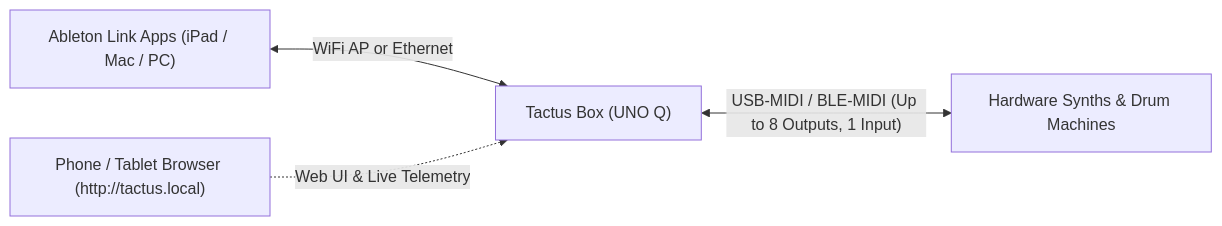
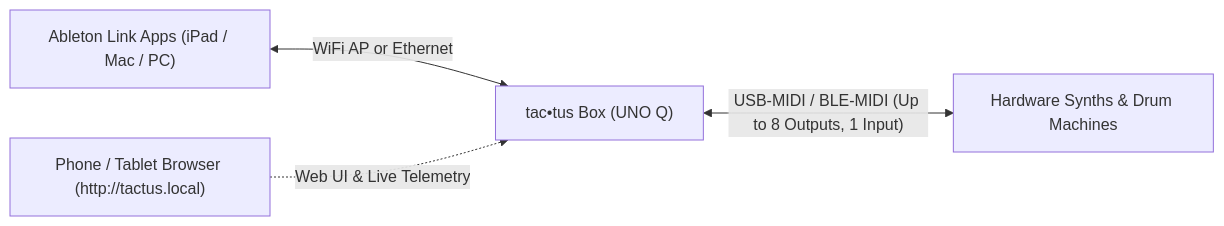
One commit to manchoz/tactus changed the diagram in README.md. Above: the diagram before and after it, drawn with Mermaid. The commit also changed other lines of this file and 22 other files, not shown here.

Commit message:
feat(brand,web,docs): rebrand to tac•tus with new icon, banners, and trademark notices

````diff
--- a/README.md
+++ b/README.md
@@ -11,6 +13,6 @@
 ```mermaid
 flowchart LR
-  Link["Ableton Link Apps (iPad / Mac / PC)"] <-->|"WiFi AP or Ethernet"| Tactus["Tactus Box (UNO Q)"]
+  Link["Ableton Link Apps (iPad / Mac / PC)"] <-->|"WiFi AP or Ethernet"| Tactus["tac•tus Box (UNO Q)"]
   Phone["Phone / Tablet Browser (http://tactus.local)"] -.->|"Web UI & Live Telemetry"| Tactus
   Tactus <-->|"USB-MIDI / BLE-MIDI (Up to 8 Outputs, 1 Input)"| Gear["Hardware Synths & Drum Machines"]
 ```
````
